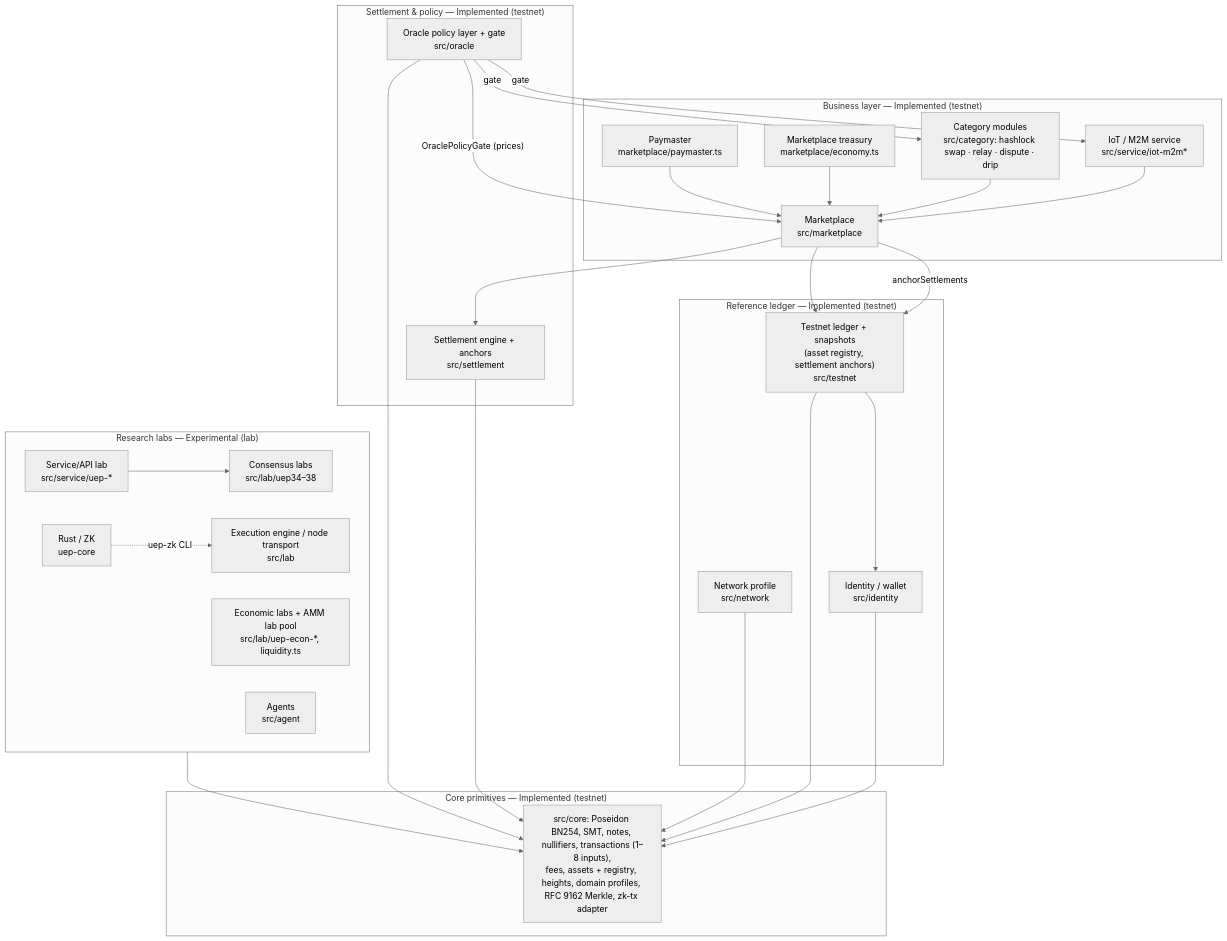
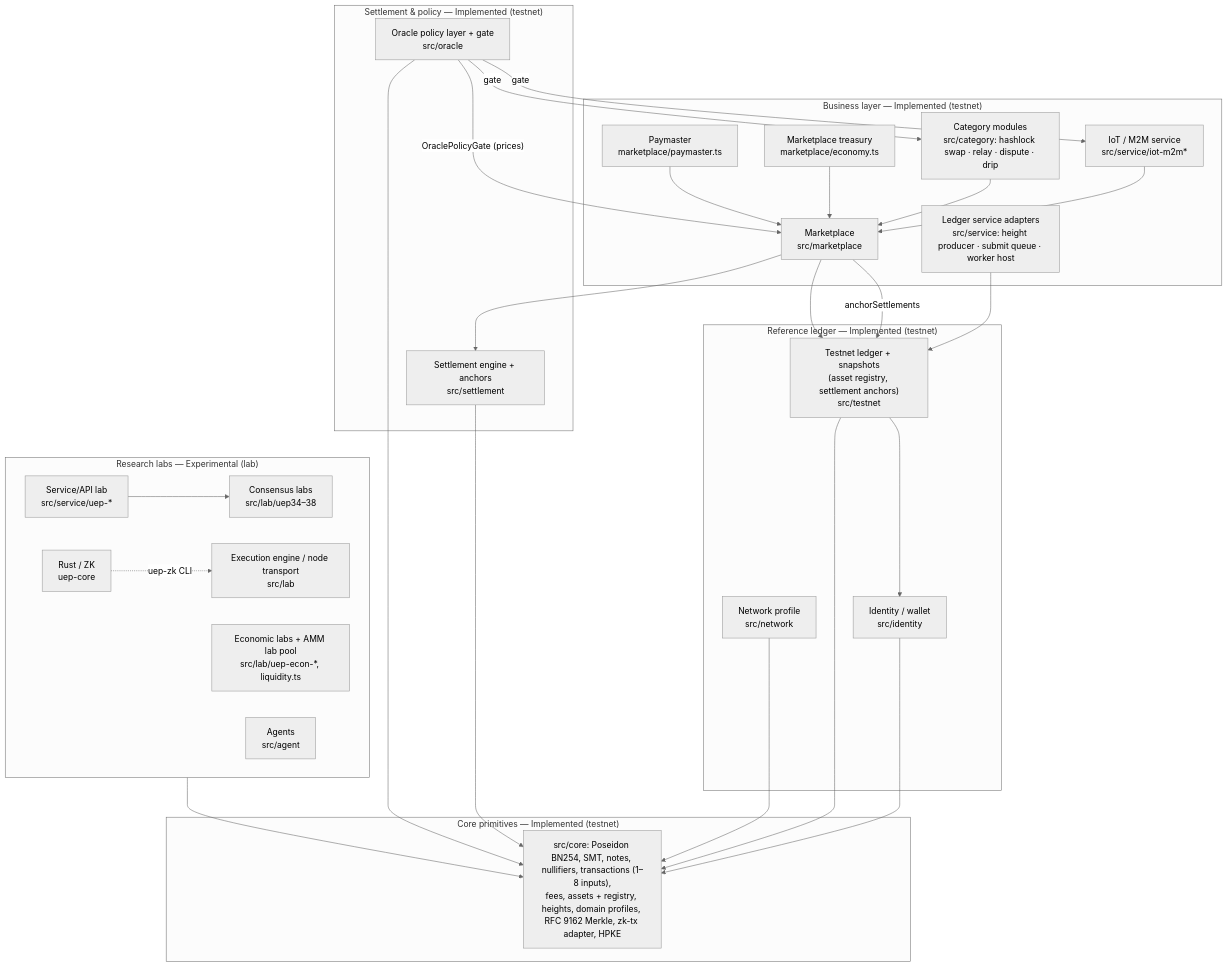
One commit to UEPceo/UEP-Universal-Economic-Protocol changed the diagram in docs/MODULES.md. Above: the diagram before and after it, drawn with Mermaid (neutral theme). The commit also changed other lines of this file and 6 other files, not shown here.

````diff
--- a/docs/MODULES.md
+++ b/docs/MODULES.md
@@ -17,47 +17,49 @@
 ```mermaid
 flowchart TB
   subgraph L4["Business layer — Implemented (testnet)"]
     MKT["Marketplace<br/>src/marketplace"]
     PAY["Paymaster<br/>marketplace/paymaster.ts"]
     MTR["Marketplace treasury<br/>marketplace/economy.ts"]
     CAT["Category modules<br/>src/category: hashlock swap · relay · dispute · drip"]
     IOT["IoT / M2M service<br/>src/service/iot-m2m*"]
+    LSA["Ledger service adapters<br/>src/service: height producer · submit queue · worker host"]
   end
   subgraph L3["Settlement & policy — Implemented (testnet)"]
     SET["Settlement engine + anchors<br/>src/settlement"]
     ORA["Oracle policy layer + gate<br/>src/oracle"]
   end
   subgraph L2["Reference ledger — Implemented (testnet)"]
     LED["Testnet ledger + snapshots<br/>(asset registry, settlement anchors)<br/>src/testnet"]
     NET["Network profile<br/>src/network"]
     IDN["Identity / wallet<br/>src/identity"]
   end
   subgraph L1["Core primitives — Implemented (testnet)"]
-    CORE["src/core: Poseidon BN254, SMT, notes, nullifiers, transactions (1–8 inputs),<br/>fees, assets + registry, heights, domain profiles, RFC 9162 Merkle, zk-tx adapter"]
+    CORE["src/core: Poseidon BN254, SMT, notes, nullifiers, transactions (1–8 inputs),<br/>fees, assets + registry, heights, domain profiles, RFC 9162 Merkle, zk-tx adapter, HPKE"]
   end
   subgraph LAB["Research labs — Experimental (lab)"]
     CONS["Consensus labs<br/>src/lab/uep34–38"]
     EXE["Execution engine / node transport<br/>src/lab"]
     ECON["Economic labs + AMM lab pool<br/>src/lab/uep-econ-*, liquidity.ts"]
     AGT["Agents<br/>src/agent"]
     SVC["Service/API lab<br/>src/service/uep-*"]
     ZK["Rust / ZK<br/>uep-core"]
   end
   MKT --> SET --> CORE
   CAT --> MKT
   PAY --> MKT
   MTR --> MKT
   IOT --> MKT
   MKT --> LED
   MKT -- "anchorSettlements" --> LED
   ORA --> CORE
   ORA -- "OraclePolicyGate (prices)" --> MKT
   ORA -- "gate" --> CAT
   ORA -- "gate" --> IOT
+  LSA --> LED
   LED --> CORE
   LED --> IDN --> CORE
   NET --> CORE
   LAB --> CORE
   SVC --> CONS
   ZK -. "uep-zk CLI" .-> EXE
 ```
````
